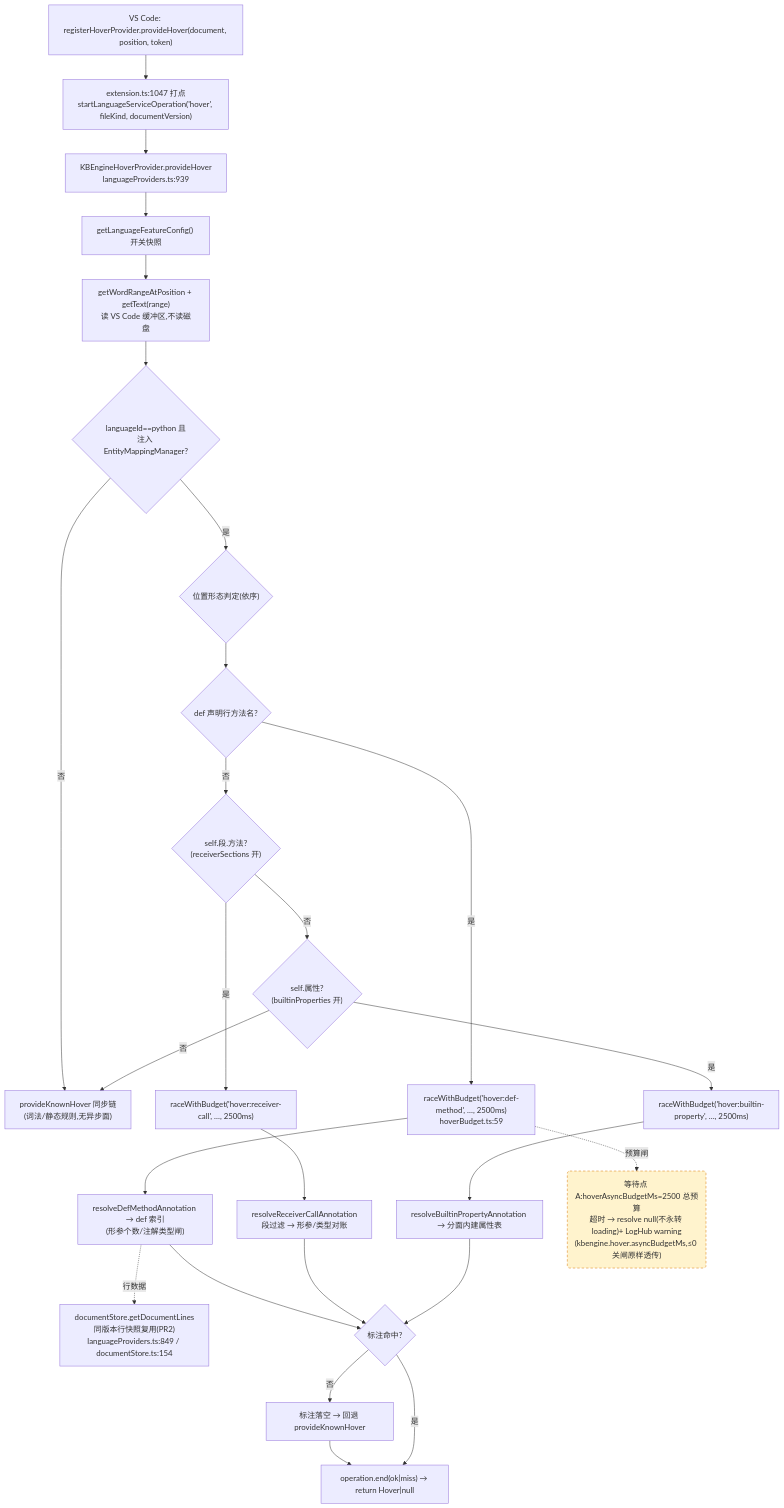
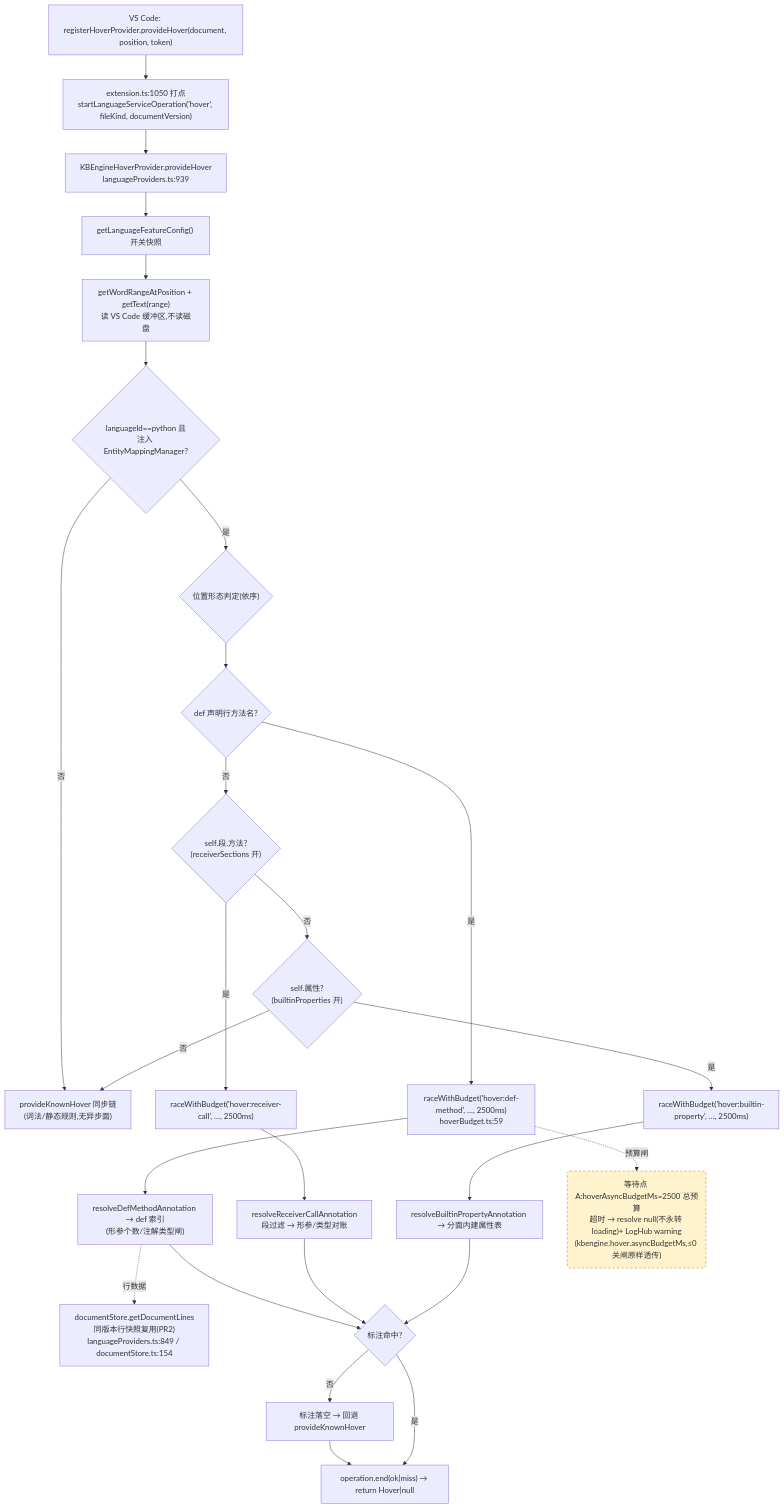
The first of 4 diagrams in docs/perf/2026-baseline.md (cuihairu/kode), drawn with Mermaid before and after one commit. The commit also changed other lines of this file and 22 other files, not shown here.

````diff
--- a/docs/perf/2026-baseline.md
+++ b/docs/perf/2026-baseline.md
@@ -82,45 +82,45 @@
 ```mermaid
 flowchart TD
   VC1["VS Code: registerHoverProvider.provideHover(document, position, token)"]
-  M1["extension.ts:1047 打点<br/>startLanguageServiceOperation('hover', fileKind, documentVersion)"]
+  M1["extension.ts:1050 打点<br/>startLanguageServiceOperation('hover', fileKind, documentVersion)"]
   HP["KBEngineHoverProvider.provideHover<br/>languageProviders.ts:939"]
   CFG["getLanguageFeatureConfig() 开关快照"]
   WORD["getWordRangeAtPosition + getText(range)<br/>读 VS Code 缓冲区,不读磁盘"]
   BR{"languageId==python 且<br/>注入 EntityMappingManager?"}
   KN["provideKnownHover 同步链<br/>(词法/静态规则,无异步面)"]
   POS{"位置形态判定(依序)"}
   D1{"def 声明行方法名?"}
   D2{"self.段.方法?<br/>(receiverSections 开)"}
   D3{"self.属性?<br/>(builtinProperties 开)"}
   RA1["raceWithBudget('hover:def-method', …, 2500ms)<br/>hoverBudget.ts:59"]
   RA2["raceWithBudget('hover:receiver-call', …, 2500ms)"]
   RA3["raceWithBudget('hover:builtin-property', …, 2500ms)"]
   RS1["resolveDefMethodAnnotation → def 索引<br/>(形参个数/注解类型闸)"]
   RS2["resolveReceiverCallAnnotation<br/>段过滤 → 形参/类型对账"]
   RS3["resolveBuiltinPropertyAnnotation → 分面内建属性表"]
   LINES["documentStore.getDocumentLines<br/>同版本行快照复用(PR2)<br/>languageProviders.ts:849 / documentStore.ts:154"]
   MISS["标注落空 → 回退 provideKnownHover"]
   END1["operation.end(ok|miss) → return Hover|null"]
 
   VC1 --> M1 --> HP --> CFG --> WORD --> BR
   BR -- "否" --> KN
   BR -- "是" --> POS --> D1
   D1 -- "是" --> RA1 --> RS1
   D1 -- "否" --> D2
   D2 -- "是" --> RA2 --> RS2
   D2 -- "否" --> D3
   D3 -- "是" --> RA3 --> RS3
   D3 -- "否" --> KN
   RS1 --> HIT{"标注命中?"}
   RS2 --> HIT
   RS3 --> HIT
   RS1 -.->|行数据| LINES
   HIT -- "否" --> MISS --> END1
   HIT -- "是" --> END1
 
   WAITA("等待点 A:hoverAsyncBudgetMs=2500 总预算<br/>超时 → resolve null(不永转 loading)+ LogHub warning<br/>(kbengine.hover.asyncBudgetMs,≤0 关闸原样透传)")
   RA1 -.->|预算闸| WAITA
 
   classDef waitPoint fill:#fff3cd,stroke:#d97706,stroke-dasharray:5 4;
   class WAITA waitPoint;
 ```
````
